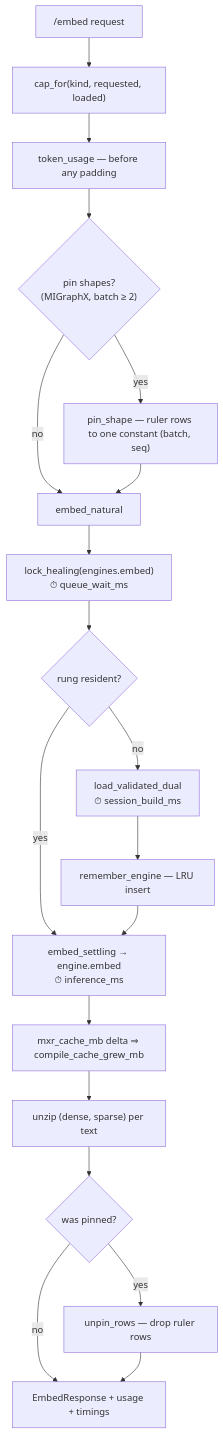
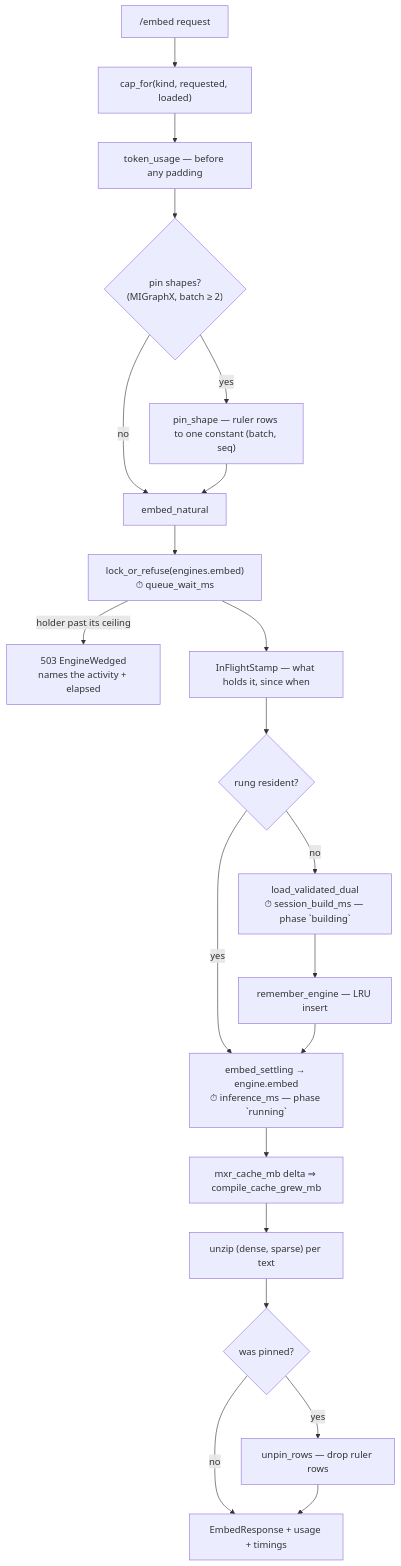
Before and after one commit to oleksandrdubyna88/dew_flow_sidecar_rust: the diagram in research/module_inference.md, drawn with Mermaid. The commit also changed other lines of this file and 6 other files, not shown here.

First line of the commit message:
fix: no wait without a ceiling, and a wedge you can see

````diff
--- a/research/module_inference.md
+++ b/research/module_inference.md
@@ -16,22 +16,24 @@
 ```mermaid
 flowchart TD
     REQ["/embed request"] --> CAP["cap_for(kind, requested, loaded)"]
     CAP --> USAGE["token_usage — before any padding"]
     USAGE --> PIN{"pin shapes?<br/>(MIGraphX, batch ≥ 2)"}
     PIN -->|yes| RULER["pin_shape — ruler rows to one constant (batch, seq)"]
     PIN -->|no| NATURAL
     RULER --> NATURAL["embed_natural"]
 
-    NATURAL --> WAIT["lock_healing(engines.embed)<br/>⏱ queue_wait_ms"]
-    WAIT --> RESIDENT{"rung resident?"}
-    RESIDENT -->|no| BUILD["load_validated_dual<br/>⏱ session_build_ms"]
+    NATURAL --> WAIT["lock_or_refuse(engines.embed)<br/>⏱ queue_wait_ms"]
+    WAIT -->|holder past its ceiling| REFUSE["503 EngineWedged<br/>names the activity + elapsed"]
+    WAIT --> STAMP["InFlightStamp — what holds it, since when"]
+    STAMP --> RESIDENT{"rung resident?"}
+    RESIDENT -->|no| BUILD["load_validated_dual<br/>⏱ session_build_ms — phase `building`"]
     RESIDENT -->|yes| RUN
     BUILD --> REMEMBER["remember_engine — LRU insert"]
-    REMEMBER --> RUN["embed_settling → engine.embed<br/>⏱ inference_ms"]
+    REMEMBER --> RUN["embed_settling → engine.embed<br/>⏱ inference_ms — phase `running`"]
     RUN --> GROWTH["mxr_cache_mb delta ⇒ compile_cache_grew_mb"]
     GROWTH --> UNZIP["unzip (dense, sparse) per text"]
     UNZIP --> UNPIN{"was pinned?"}
     UNPIN -->|yes| STRIP["unpin_rows — drop ruler rows"]
     UNPIN -->|no| OUT
     STRIP --> OUT["EmbedResponse + usage + timings"]
 ```
````
